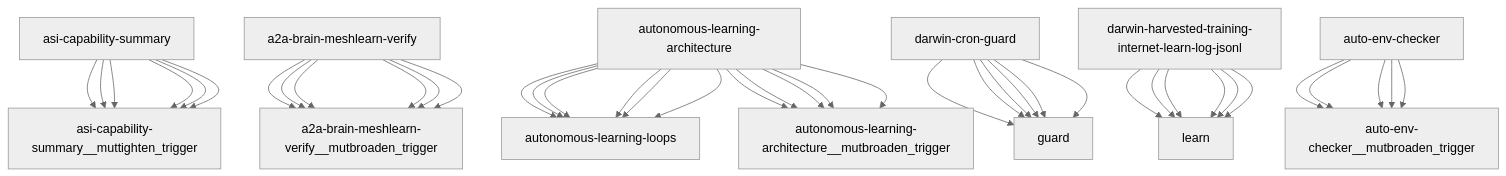
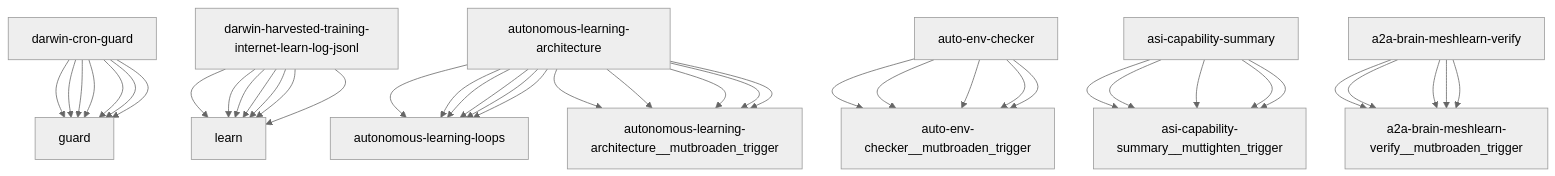
One commit to openamer/openamer changed the diagram in reports/darwin-report.md. Above: the diagram before and after it, drawn with Mermaid (neutral theme). The commit also changed other lines of this file and 10 other files, not shown here.

````diff
--- a/reports/darwin-report.md
+++ b/reports/darwin-report.md
@@ -69,43 +69,43 @@
 ```mermaid
 graph TD
-    asi-capability-summary["asi-capability-summary"] --> asi-capability-summary__muttighten_trigger["asi-capability-summary__muttighten_trigger"]
-    a2a-brain-meshlearn-verify["a2a-brain-meshlearn-verify"] --> a2a-brain-meshlearn-verify__mutbroaden_trigger["a2a-brain-meshlearn-verify__mutbroaden_trigger"]
+    darwin-cron-guard["darwin-cron-guard"] --> guard["guard"]
+    darwin-harvested-training-internet-learn-log-jsonl["darwin-harvested-training-internet-learn-log-jsonl"] --> learn["learn"]
     autonomous-learning-architecture["autonomous-learning-architecture"] --> autonomous-learning-loops["autonomous-learning-loops"]
     darwin-cron-guard["darwin-cron-guard"] --> guard["guard"]
     darwin-harvested-training-internet-learn-log-jsonl["darwin-harvested-training-internet-learn-log-jsonl"] --> learn["learn"]
     autonomous-learning-architecture["autonomous-learning-architecture"] --> autonomous-learning-architecture__mutbroaden_trigger["autonomous-learning-architecture__mutbroaden_trigger"]
     auto-env-checker["auto-env-checker"] --> auto-env-checker__mutbroaden_trigger["auto-env-checker__mutbroaden_trigger"]
     asi-capability-summary["asi-capability-summary"] --> asi-capability-summary__muttighten_trigger["asi-capability-summary__muttighten_trigger"]
     a2a-brain-meshlearn-verify["a2a-brain-meshlearn-verify"] --> a2a-brain-meshlearn-verify__mutbroaden_trigger["a2a-brain-meshlearn-verify__mutbroaden_trigger"]
     autonomous-learning-architecture["autonomous-learning-architecture"] --> autonomous-learning-loops["autonomous-learning-loops"]
     darwin-cron-guard["darwin-cron-guard"] --> guard["guard"]
     darwin-harvested-training-internet-learn-log-jsonl["darwin-harvested-training-internet-learn-log-jsonl"] --> learn["learn"]
     autonomous-learning-architecture["autonomous-learning-architecture"] --> autonomous-learning-architecture__mutbroaden_trigger["autonomous-learning-architecture__mutbroaden_trigger"]
     auto-env-checker["auto-env-checker"] --> auto-env-checker__mutbroaden_trigger["auto-env-checker__mutbroaden_trigger"]
     asi-capability-summary["asi-capability-summary"] --> asi-capability-summary__muttighten_trigger["asi-capability-summary__muttighten_trigger"]
     a2a-brain-meshlearn-verify["a2a-brain-meshlearn-verify"] --> a2a-brain-meshlearn-verify__mutbroaden_trigger["a2a-brain-meshlearn-verify__mutbroaden_trigger"]
     autonomous-learning-architecture["autonomous-learning-architecture"] --> autonomous-learning-loops["autonomous-learning-loops"]
     darwin-cron-guard["darwin-cron-guard"] --> guard["guard"]
     darwin-harvested-training-internet-learn-log-jsonl["darwin-harvested-training-internet-learn-log-jsonl"] --> learn["learn"]
     autonomous-learning-architecture["autonomous-learning-architecture"] --> autonomous-learning-architecture__mutbroaden_trigger["autonomous-learning-architecture__mutbroaden_trigger"]
     auto-env-checker["auto-env-checker"] --> auto-env-checker__mutbroaden_trigger["auto-env-checker__mutbroaden_trigger"]
     asi-capability-summary["asi-capability-summary"] --> asi-capability-summary__muttighten_trigger["asi-capability-summary__muttighten_trigger"]
     a2a-brain-meshlearn-verify["a2a-brain-meshlearn-verify"] --> a2a-brain-meshlearn-verify__mutbroaden_trigger["a2a-brain-meshlearn-verify__mutbroaden_trigger"]
     autonomous-learning-architecture["autonomous-learning-architecture"] --> autonomous-learning-loops["autonomous-learning-loops"]
     darwin-cron-guard["darwin-cron-guard"] --> guard["guard"]
     darwin-harvested-training-internet-learn-log-jsonl["darwin-harvested-training-internet-learn-log-jsonl"] --> learn["learn"]
     autonomous-learning-architecture["autonomous-learning-architecture"] --> autonomous-learning-architecture__mutbroaden_trigger["autonomous-learning-architecture__mutbroaden_trigger"]
     auto-env-checker["auto-env-checker"] --> auto-env-checker__mutbroaden_trigger["auto-env-checker__mutbroaden_trigger"]
     asi-capability-summary["asi-capability-summary"] --> asi-capability-summary__muttighten_trigger["asi-capability-summary__muttighten_trigger"]
     a2a-brain-meshlearn-verify["a2a-brain-meshlearn-verify"] --> a2a-brain-meshlearn-verify__mutbroaden_trigger["a2a-brain-meshlearn-verify__mutbroaden_trigger"]
     autonomous-learning-architecture["autonomous-learning-architecture"] --> autonomous-learning-loops["autonomous-learning-loops"]
     darwin-cron-guard["darwin-cron-guard"] --> guard["guard"]
     darwin-harvested-training-internet-learn-log-jsonl["darwin-harvested-training-internet-learn-log-jsonl"] --> learn["learn"]
     autonomous-learning-architecture["autonomous-learning-architecture"] --> autonomous-learning-architecture__mutbroaden_trigger["autonomous-learning-architecture__mutbroaden_trigger"]
     auto-env-checker["auto-env-checker"] --> auto-env-checker__mutbroaden_trigger["auto-env-checker__mutbroaden_trigger"]
     asi-capability-summary["asi-capability-summary"] --> asi-capability-summary__muttighten_trigger["asi-capability-summary__muttighten_trigger"]
     a2a-brain-meshlearn-verify["a2a-brain-meshlearn-verify"] --> a2a-brain-meshlearn-verify__mutbroaden_trigger["a2a-brain-meshlearn-verify__mutbroaden_trigger"]
     autonomous-learning-architecture["autonomous-learning-architecture"] --> autonomous-learning-loops["autonomous-learning-loops"]
     darwin-cron-guard["darwin-cron-guard"] --> guard["guard"]
     darwin-harvested-training-internet-learn-log-jsonl["darwin-harvested-training-internet-learn-log-jsonl"] --> learn["learn"]
 ```
````
